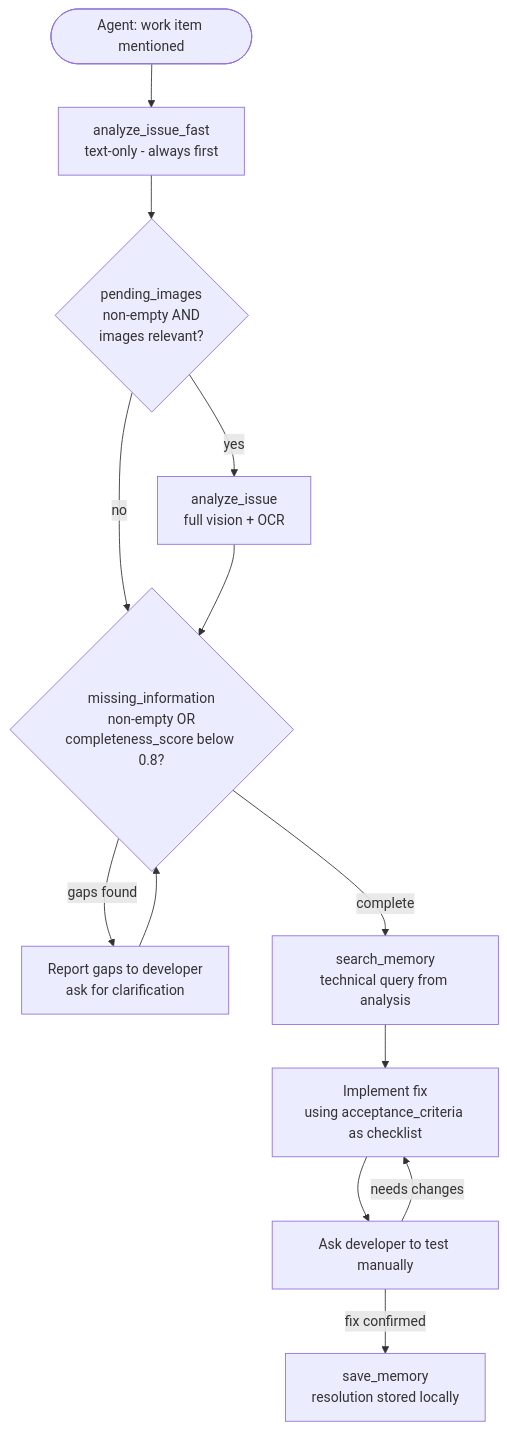
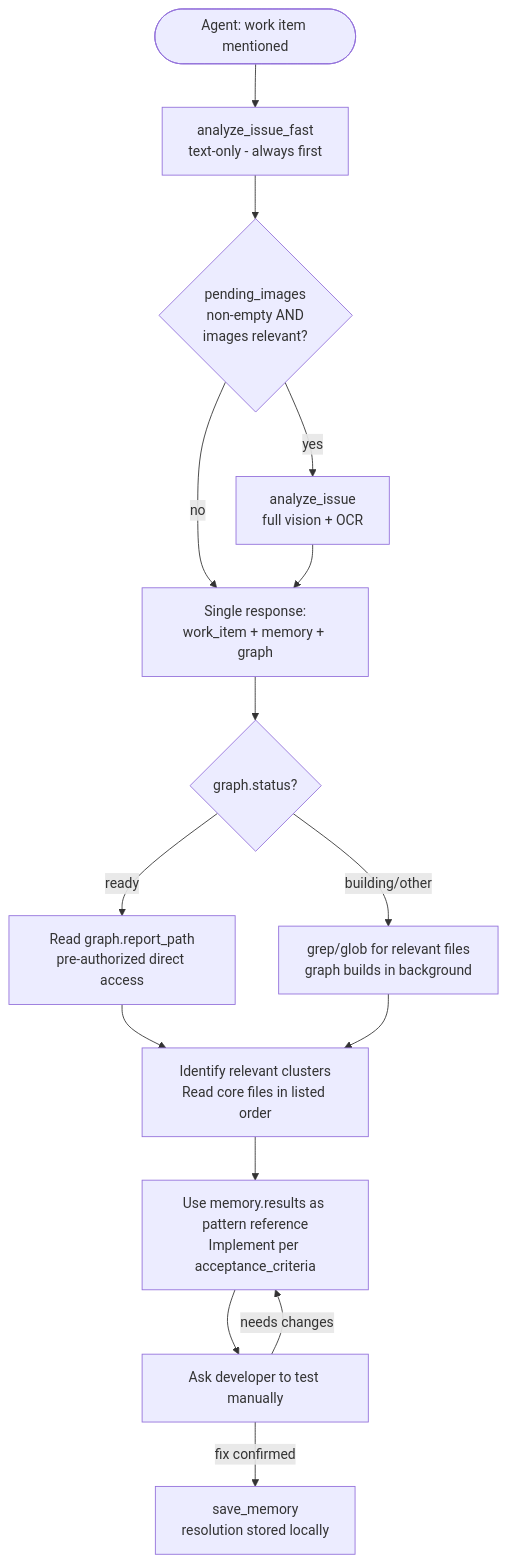
Before and after one commit to althaf-space/icx-engine: the third of 4 diagrams in readme.md, drawn with Mermaid. The commit also changed other lines of this file and 31 other files, not shown here.

Commit message:
v0.3.0 - icx graph and contextual rag with dense vector search and bm25 search with rrf

````diff
--- a/readme.md
+++ b/readme.md
@@ -82,15 +83,17 @@
 ```mermaid
 flowchart TD
     A([Agent: work item mentioned]) --> B[analyze_issue_fast\ntext-only - always first]
     B --> C{pending_images\nnon-empty AND\nimages relevant?}
     C -- yes --> D[analyze_issue\nfull vision + OCR]
-    C -- no --> E{missing_information\nnon-empty OR\ncompleteness_score below 0.8?}
+    C -- no --> E[Single response:\nwork_item + memory + graph]
     D --> E
-    E -- gaps found --> F[Report gaps to developer\nask for clarification]
-    F --> E
-    E -- complete --> G[search_memory\ntechnical query from analysis]
-    G --> H[Implement fix\nusing acceptance_criteria as checklist]
-    H --> I[Ask developer to test manually]
-    I -- fix confirmed --> J[save_memory\nresolution stored locally]
-    I -- needs changes --> H
+    E --> F{graph.status?}
+    F -- ready --> G[Read graph.report_path\npre-authorized direct access]
+    F -- building/other --> H[grep/glob for relevant files\ngraph builds in background]
+    G --> I[Identify relevant clusters\nRead core files in listed order]
+    H --> I
+    I --> J[Use memory.results as pattern reference\nImplement per acceptance_criteria]
+    J --> K[Ask developer to test manually]
+    K -- fix confirmed --> L[save_memory\nresolution stored locally]
+    K -- needs changes --> J
 ```
````
